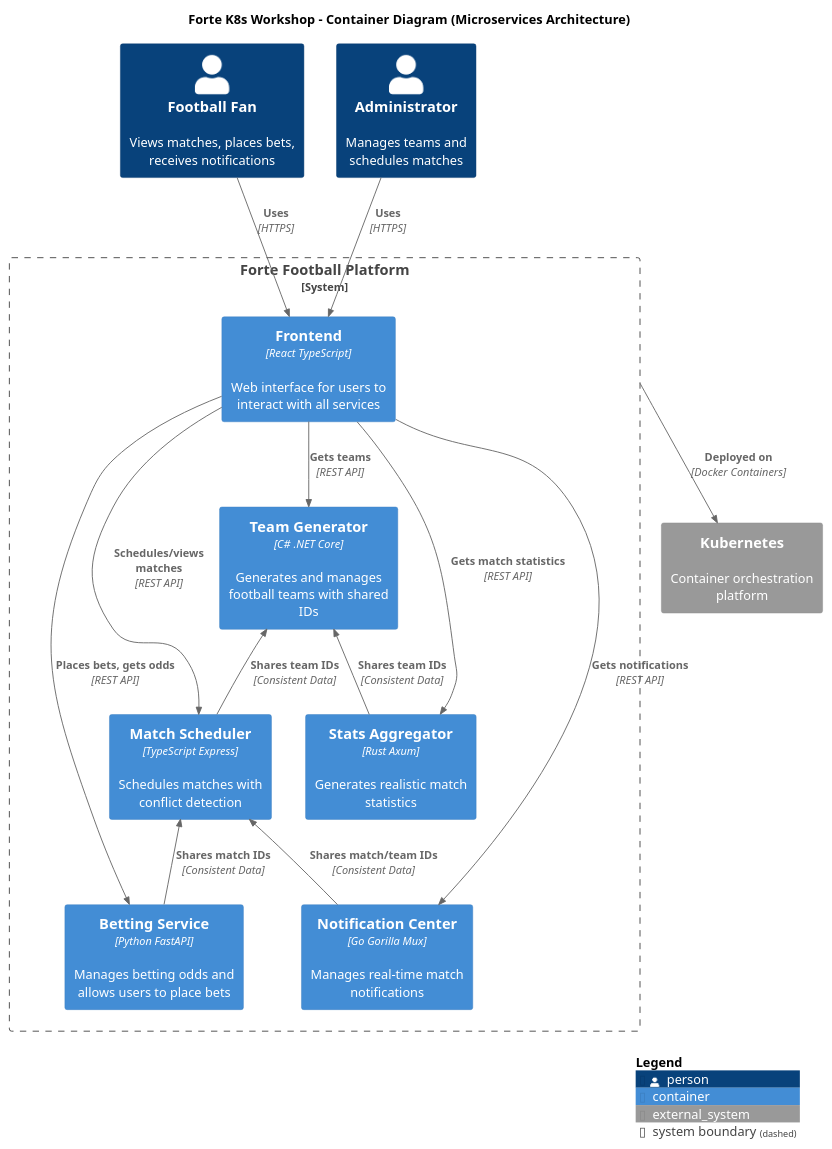
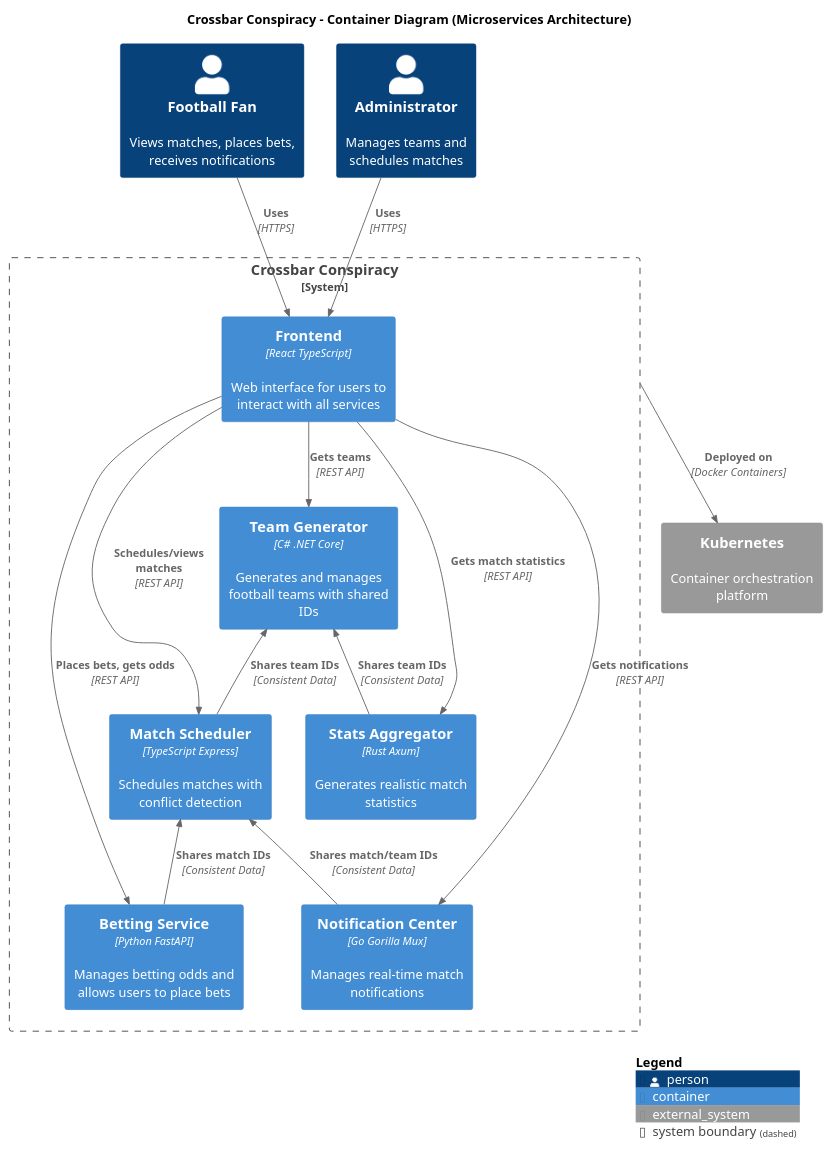
Before and after one commit to Thorstensen/forte-k8s-workshop: the diagram in documentation/diagrams/c4/container.puml, drawn with PlantUML. The commit also changed 2 other files, not shown here.

Commit message:
updated presentation and architecture diagrams

```diff
--- a/documentation/diagrams/c4/container.puml
+++ b/documentation/diagrams/c4/container.puml
@@ -1,44 +1,44 @@
-@startuml "Forte K8s Workshop - Container Diagram"
+@startuml "Crossbar Conspiracy - Container Diagram"
 !include https://raw.githubusercontent.com/plantuml-stdlib/C4-PlantUML/master/C4_Container.puml
 
 LAYOUT_TOP_DOWN()
 
-title Forte K8s Workshop - Container Diagram (Microservices Architecture)
+title Crossbar Conspiracy - Container Diagram (Microservices Architecture)
 
 Person(user, "Football Fan", "Views matches, places bets, receives notifications")
 Person(admin, "Administrator", "Manages teams and schedules matches")
 
-System_Boundary(forte_platform, "Forte Football Platform") {
+System_Boundary(crossbar_conspiracy, "Crossbar Conspiracy") {
     Container(frontend, "Frontend", "React TypeScript", "Web interface for users to interact with all services")
     
     Container(team_generator, "Team Generator", "C# .NET Core", "Generates and manages football teams with shared IDs")
     Container(betting_service, "Betting Service", "Python FastAPI", "Manages betting odds and allows users to place bets")
     Container(match_scheduler, "Match Scheduler", "TypeScript Express", "Schedules matches with conflict detection")
     Container(stats_aggregator, "Stats Aggregator", "Rust Axum", "Generates realistic match statistics")
     Container(notification_center, "Notification Center", "Go Gorilla Mux", "Manages real-time match notifications")
 }
 
 System_Ext(kubernetes, "Kubernetes", "Container orchestration platform")
 
 ' User interactions
 Rel(user, frontend, "Uses", "HTTPS")
 Rel(admin, frontend, "Uses", "HTTPS")
 
 ' Frontend to microservices
 Rel(frontend, team_generator, "Gets teams", "REST API")
 Rel(frontend, betting_service, "Places bets, gets odds", "REST API")
 Rel(frontend, match_scheduler, "Schedules/views matches", "REST API")
 Rel(frontend, stats_aggregator, "Gets match statistics", "REST API")
 Rel(frontend, notification_center, "Gets notifications", "REST API")
 
 ' Service interactions (via shared IDs - no direct calls)
 Rel_Back(team_generator, match_scheduler, "Shares team IDs", "Consistent Data")
 Rel_Back(match_scheduler, betting_service, "Shares match IDs", "Consistent Data")
 Rel_Back(match_scheduler, notification_center, "Shares match/team IDs", "Consistent Data")
 Rel_Back(team_generator, stats_aggregator, "Shares team IDs", "Consistent Data")
 
 ' Deployment
-Rel(forte_platform, kubernetes, "Deployed on", "Docker Containers")
+Rel(crossbar_conspiracy, kubernetes, "Deployed on", "Docker Containers")
 
 SHOW_LEGEND()
 @enduml
```
